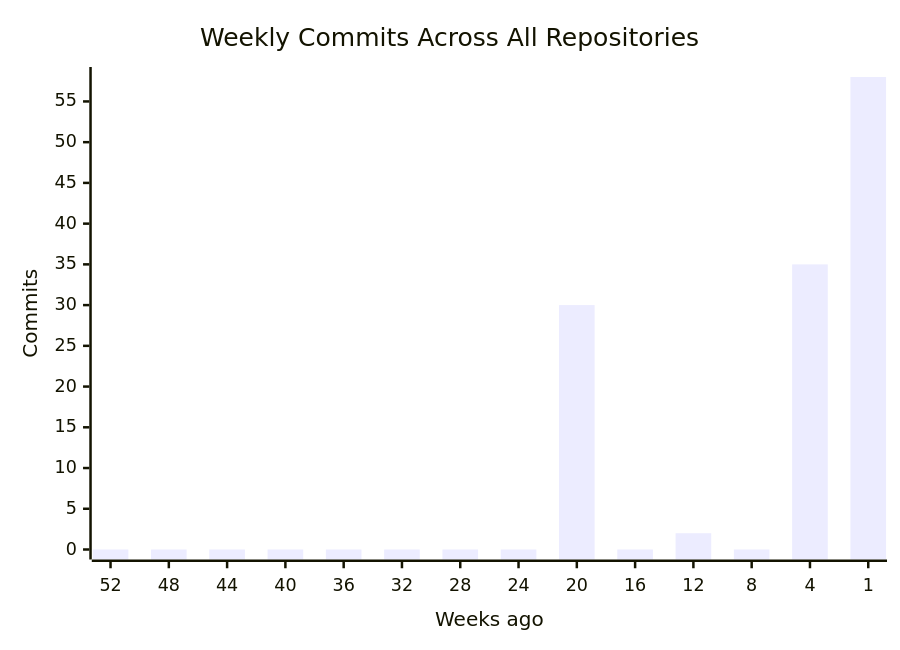
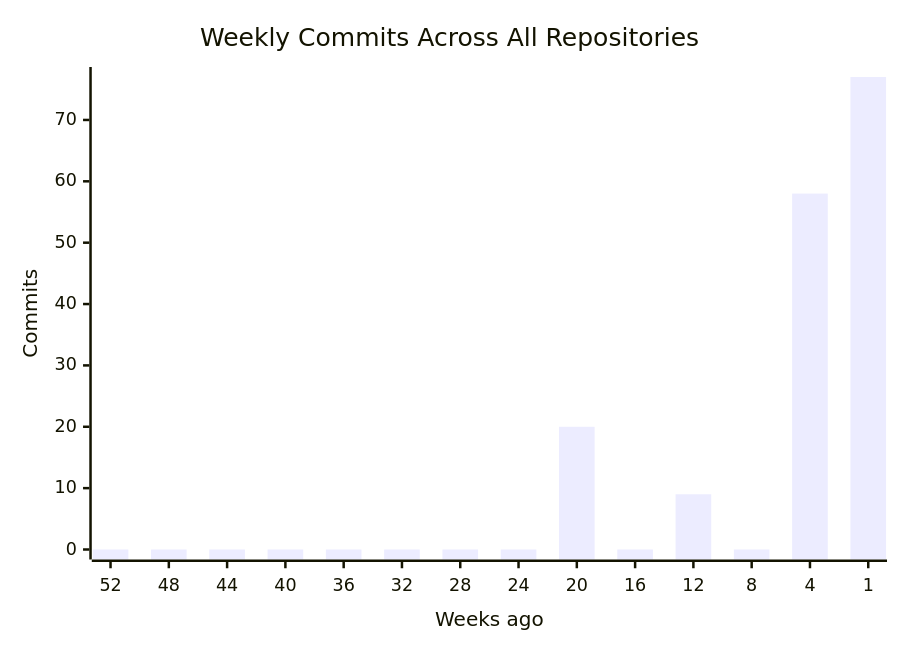
The first of 4 diagrams in profile/README.md (CSTH-Projects/.github), drawn with Mermaid before and after one commit. The commit also changed other lines of this file, not shown here.

````diff
--- a/profile/README.md
+++ b/profile/README.md
@@ -15,7 +15,7 @@
 ```mermaid
 xychart-beta
     title "Weekly Commits Across All Repositories"
     x-axis "Weeks ago" [52, 48, 44, 40, 36, 32, 28, 24, 20, 16, 12, 8, 4, 1]
     y-axis "Commits"
-    bar [0, 0, 0, 0, 0, 0, 0, 0, 30, 0, 2, 0, 35, 58]
+    bar [0, 0, 0, 0, 0, 0, 0, 0, 20, 0, 9, 0, 58, 77]
 ```
````
